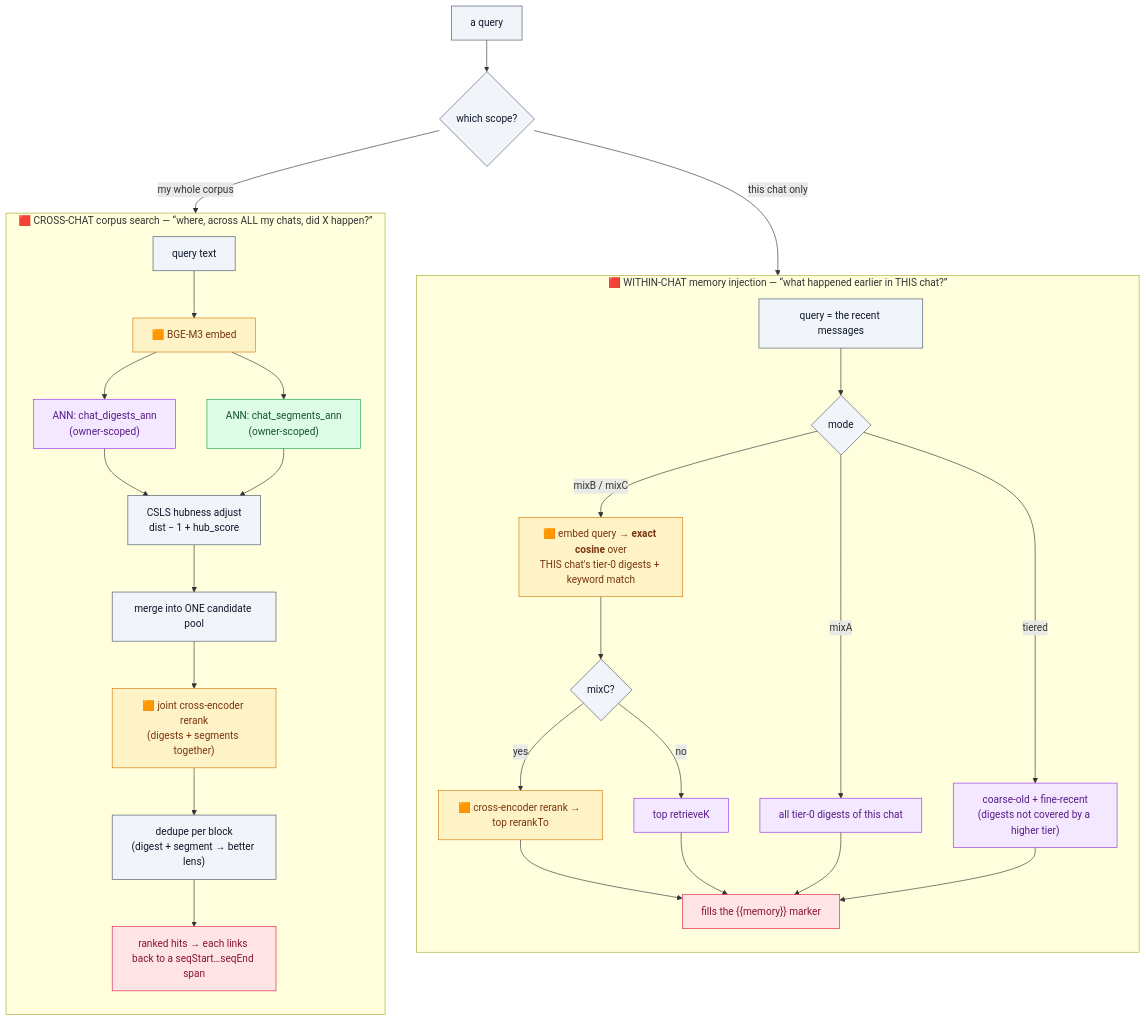
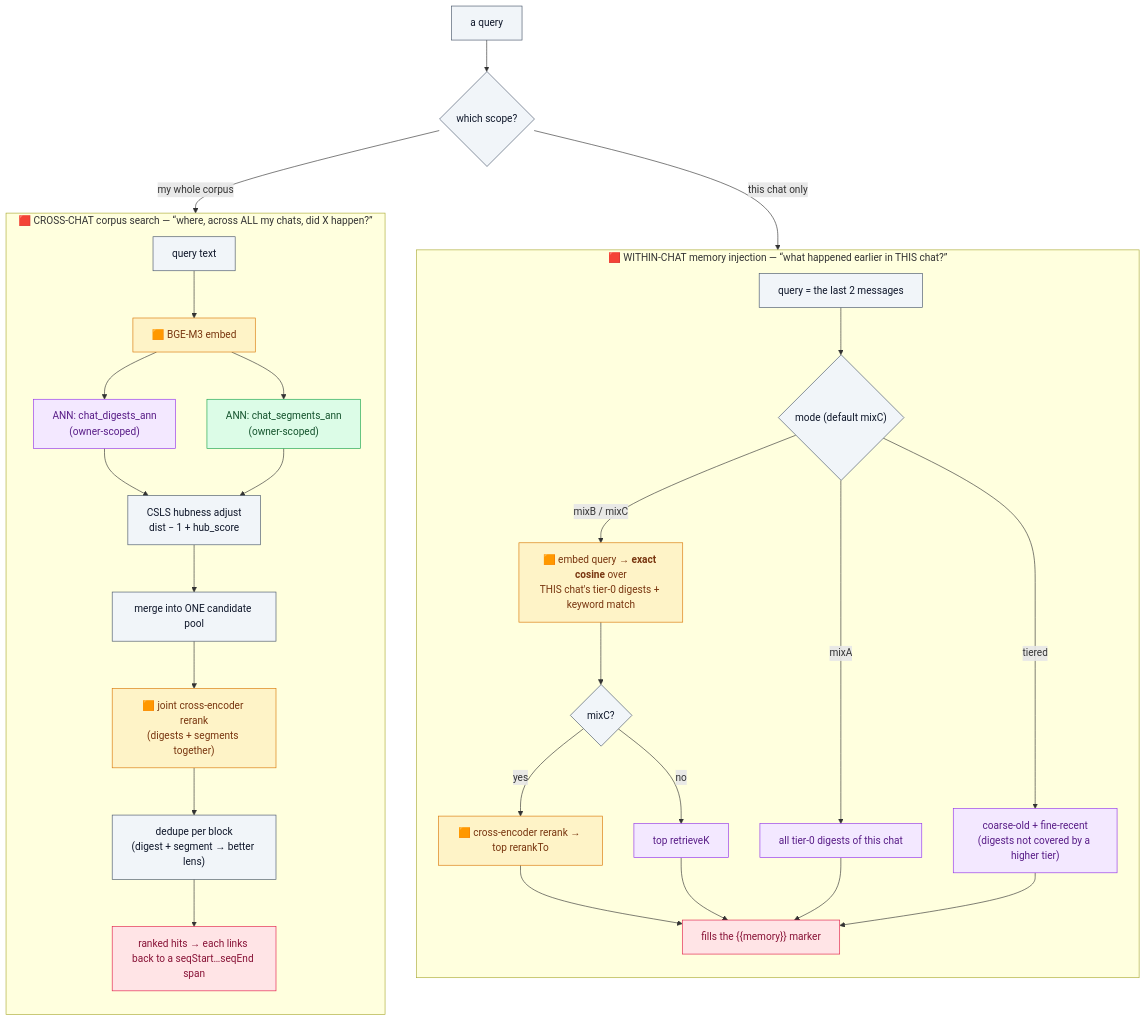
One commit to Inktomi93/neo-tavern changed the sixth of 8 diagrams in docs/memory-diagram.md. Above: the diagram before and after it, drawn with Mermaid. The commit also changed other lines of this file and 1 other file, not shown here.

````diff
--- a/docs/memory-diagram.md
+++ b/docs/memory-diagram.md
@@ -206,44 +214,44 @@
 ```mermaid
 flowchart TD
     Q["a query"]:::infra --> SCOPE{"which scope?"}:::infra
 
     %% ---------- within-chat ----------
     subgraph IN["🟥 WITHIN-CHAT memory injection — “what happened earlier in THIS chat?”"]
         direction TB
-        RQ["query = the recent messages"]:::infra --> MODE{"mode"}:::infra
+        RQ["query = the last 2 messages"]:::infra --> MODE{"mode (default mixC)"}:::infra
         MODE -->|mixA| A0["all tier-0 digests of this chat"]:::digest
         MODE -->|tiered| AT["coarse-old + fine-recent<br/>(digests not covered by a higher tier)"]:::digest
         MODE -->|mixB / mixC| AV["🟧 embed query → <b>exact cosine</b> over<br/>THIS chat's tier-0 digests + keyword match"]:::model
         AV --> RR{"mixC?"}:::infra
         RR -->|yes| RRK["🟧 cross-encoder rerank → top rerankTo"]:::model
         RR -->|no| TOPK["top retrieveK"]:::digest
         RRK --> FILL
         TOPK --> FILL
         A0 --> FILL
         AT --> FILL
         FILL["fills the {{memory}} marker"]:::read
     end
 
     %% ---------- cross-chat ----------
     subgraph CROSS["🟥 CROSS-CHAT corpus search — “where, across ALL my chats, did X happen?”"]
         direction TB
         CQ["query text"]:::infra --> CEMB["🟧 BGE-M3 embed"]:::model
         CEMB --> ANND["ANN: chat_digests_ann<br/>(owner-scoped)"]:::digest
         CEMB --> ANNS["ANN: chat_segments_ann<br/>(owner-scoped)"]:::segment
         ANND --> CSL["CSLS hubness adjust<br/>dist − 1 + hub_score"]:::infra
         ANNS --> CSL
         CSL --> MRG["merge into ONE candidate pool"]:::infra
         MRG --> JR["🟧 joint cross-encoder rerank<br/>(digests + segments together)"]:::model
         JR --> DD["dedupe per block<br/>(digest + segment → better lens)"]:::infra
         DD --> HITS["ranked hits → each links back to a seqStart…seqEnd span"]:::read
     end
 
     SCOPE -->|"this chat only"| RQ
     SCOPE -->|"my whole corpus"| CQ
 
     classDef infra fill:#f1f5f9,stroke:#475569,color:#0f172a;
     classDef digest fill:#f3e8ff,stroke:#9333ea,color:#581c87;
     classDef segment fill:#dcfce7,stroke:#16a34a,color:#14532d;
     classDef model fill:#fef3c7,stroke:#d97706,color:#78350f;
     classDef read fill:#ffe4e6,stroke:#e11d48,color:#881337;
 ```
````
